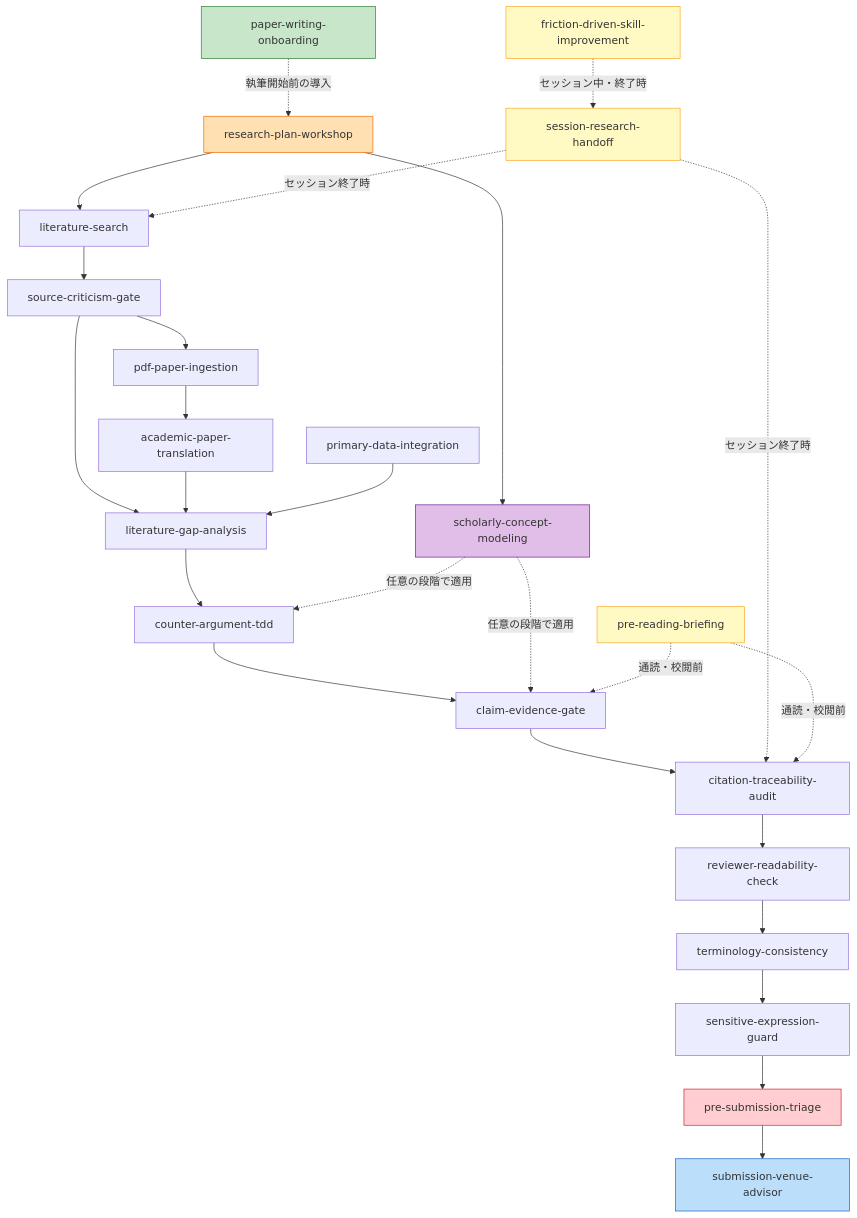
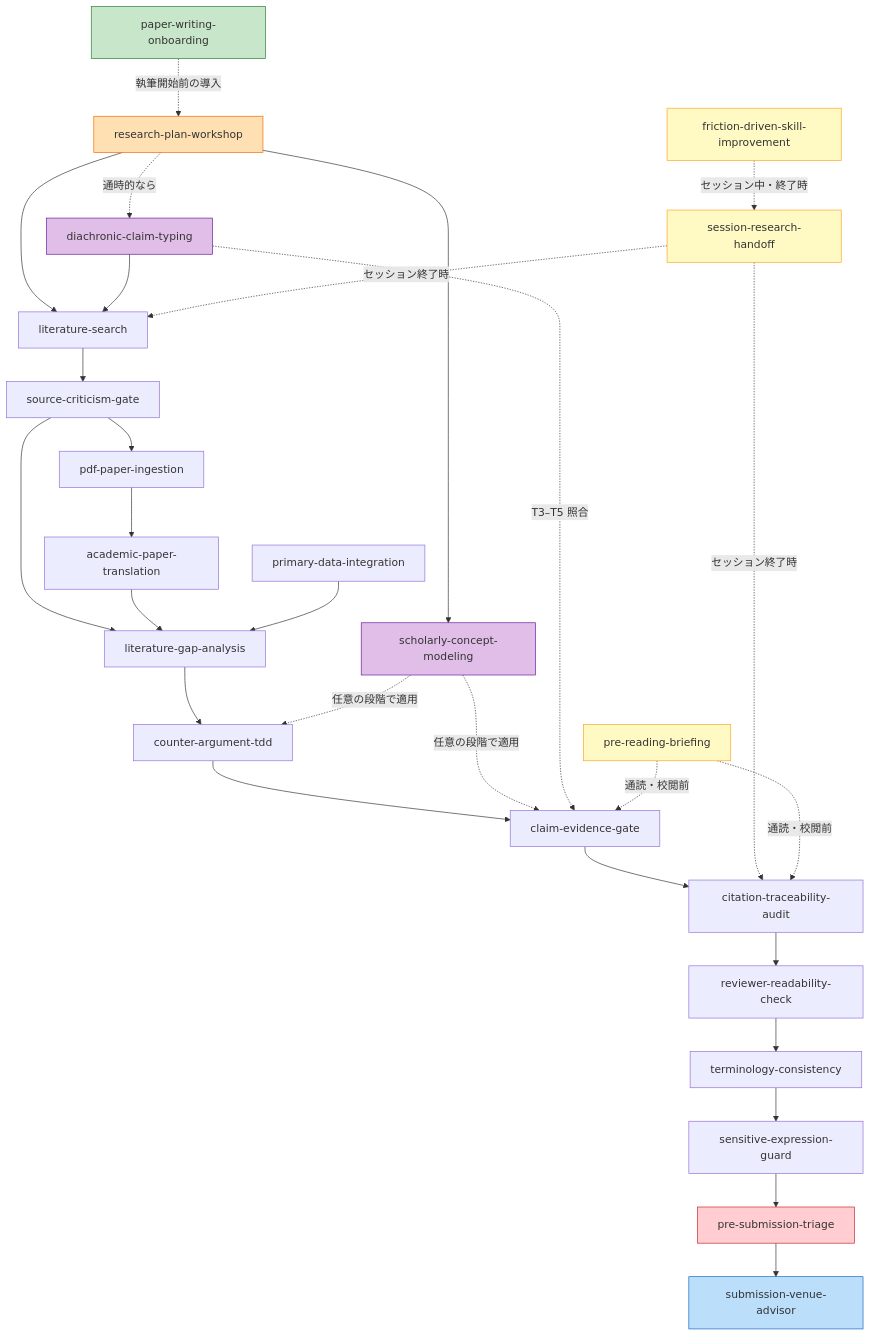
Before and after one commit to hideshi/scholarly-agent-skills: the diagram in skills/ja/README.md, drawn with Mermaid. The commit also changed other lines of this file and 20 other files, not shown here.

````diff
--- a/skills/ja/README.md
+++ b/skills/ja/README.md
@@ -39,37 +40,41 @@
 ```mermaid
 graph TD
     K[paper-writing-onboarding] -.->|執筆開始前の導入| RP
     RP[research-plan-workshop] --> A
     RP --> F
+    RP -.->|通時的なら| DCT[diachronic-claim-typing]
+    DCT --> A
     A[literature-search] --> SC[source-criticism-gate]
     SC --> B[pdf-paper-ingestion]
     B --> C[academic-paper-translation]
     SC --> E[literature-gap-analysis]
     C --> E
     D[primary-data-integration] --> E
     E --> G[counter-argument-tdd]
     G --> H[claim-evidence-gate]
     H --> I[citation-traceability-audit]
     I --> RR[reviewer-readability-check]
     RR --> TC[terminology-consistency]
     TC --> SE[sensitive-expression-guard]
     SE --> PT[pre-submission-triage]
     PT --> L[submission-venue-advisor]
 
     F[scholarly-concept-modeling] -.->|任意の段階で適用| G
     F -.->|任意の段階で適用| H
+    DCT -.->|T3–T5 照合| H
     J[session-research-handoff] -.->|セッション終了時| A
     J -.->|セッション終了時| I
     PR[pre-reading-briefing] -.->|通読・校閲前| H
     PR -.->|通読・校閲前| I
     FD[friction-driven-skill-improvement] -.->|セッション中・終了時| J
 
     style K fill:#c8e6c9,stroke:#2e7d32
     style RP fill:#ffe0b2,stroke:#ef6c00
     style F fill:#e1bee7,stroke:#6a1b9a
+    style DCT fill:#e1bee7,stroke:#6a1b9a
     style J fill:#fff9c4,stroke:#f9a825
     style PR fill:#fff9c4,stroke:#f9a825
     style FD fill:#fff9c4,stroke:#f9a825
     style PT fill:#ffcdd2,stroke:#c62828
     style L fill:#bbdefb,stroke:#1565c0
 ```
````
